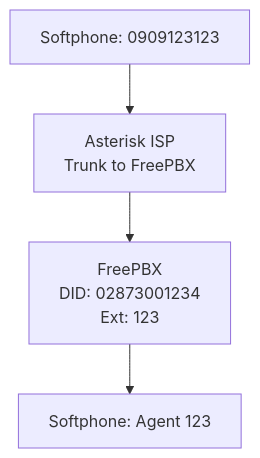
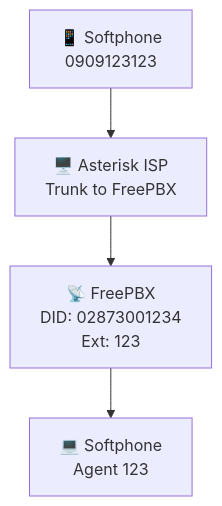
One commit to adtek93/Asterisk-ISP-Gateway-Simulation changed the diagram in Readme.md. Above: the diagram before and after it, drawn with Mermaid. The commit also changed other lines of this file, not shown here.

````diff
--- a/Readme.md
+++ b/Readme.md
@@ -23,6 +19,6 @@
 ```mermaid
 flowchart TD
-    A[Softphone: 0909123123] --> B[Asterisk ISP<br/>Trunk to FreePBX]
-    B --> C[FreePBX<br/>DID: 02873001234<br/>Ext: 123]
-    C --> D[Softphone: Agent 123]
+    A[📱 Softphone<br/>0909123123] --> B[🖥️ Asterisk ISP<br/>Trunk to FreePBX]
+    B --> C[📡 FreePBX<br/>DID: 02873001234<br/>Ext: 123]
+    C --> D[💻 Softphone<br/>Agent 123]
 ```
````
